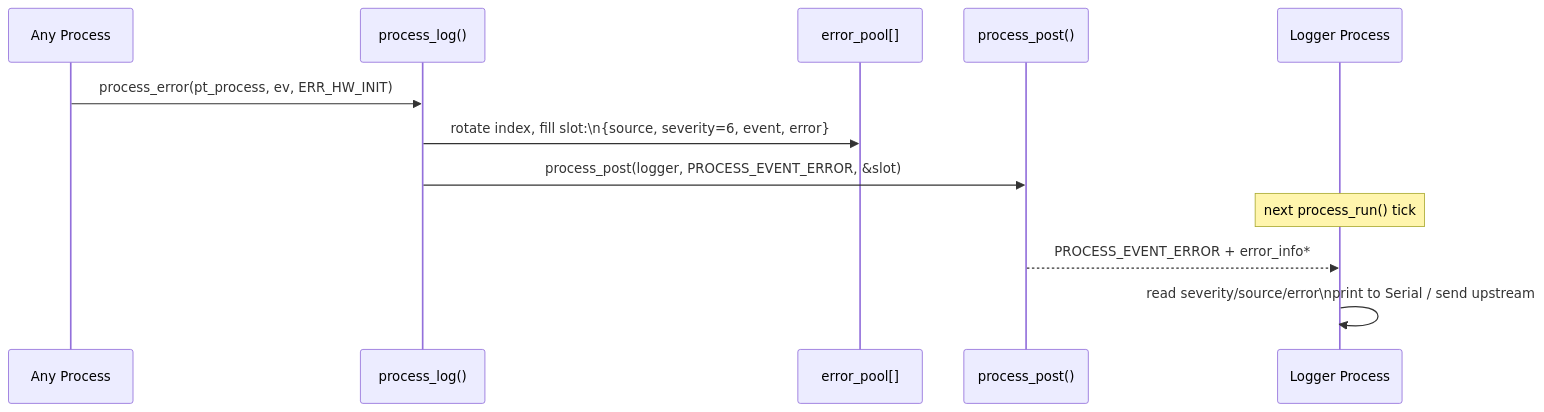
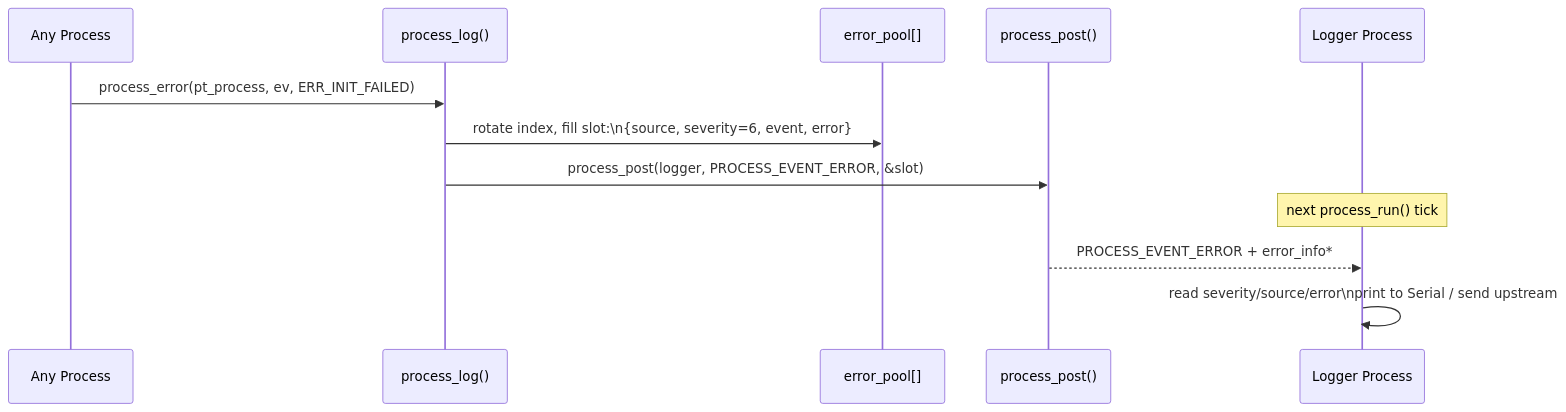
One commit to jklarenbeek/protoduino changed the ninth of 13 diagrams in docs/scheduler.md. Above: the diagram before and after it, drawn with Mermaid. The commit also changed other lines of this file and 18 other files, not shown here.

````diff
--- a/docs/scheduler.md
+++ b/docs/scheduler.md
@@ -654,15 +654,15 @@
 ```mermaid
 sequenceDiagram
     participant proc as Any Process
     participant log as process_log()
     participant pool as error_pool[]
     participant post as process_post()
     participant logger as Logger Process
 
-    proc->>log: process_error(pt_process, ev, ERR_HW_INIT)
+    proc->>log: process_error(pt_process, ev, ERR_INIT_FAILED)
     log->>pool: rotate index, fill slot:\n{source, severity=6, event, error}
     log->>post: process_post(logger, PROCESS_EVENT_ERROR, &slot)
     Note over logger: next process_run() tick
     post-->>logger: PROCESS_EVENT_ERROR + error_info*
     logger->>logger: read severity/source/error\nprint to Serial / send upstream
 ```
````
